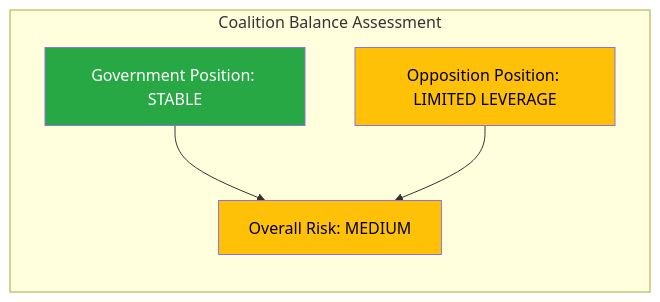
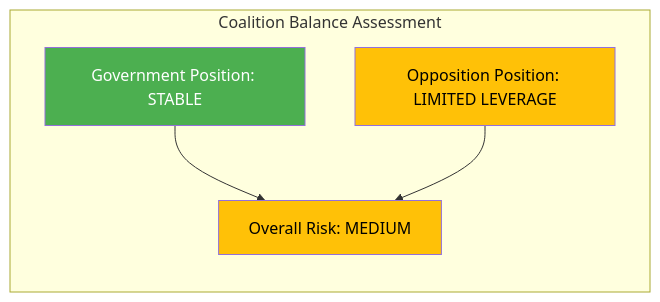
The second of 2 diagrams in analysis/daily/2026-04-09/realtime-1029/synthesis-summary.md (Hack23/riksdagsmonitor), drawn with Mermaid before and after one commit. The commit also changed other lines of this file and 785 other files, not shown here.

First line of the commit message:
Normalize mermaid colors across 786 analysis artifacts to ISMS Style Guide palette

````diff
--- a/analysis/daily/2026-04-09/realtime-1029/synthesis-summary.md
+++ b/analysis/daily/2026-04-09/realtime-1029/synthesis-summary.md
@@ -64,13 +64,13 @@
 ```mermaid
 graph LR
     subgraph Coalition Balance Assessment
         GOV[Government Position: STABLE]
         OPP[Opposition Position: LIMITED LEVERAGE]
         RISK[Overall Risk: MEDIUM]
     end
     GOV --> RISK
     OPP --> RISK
-    style GOV fill:#28a745,color:#ffffff
-    style OPP fill:#ffc107,color:#000000
-    style RISK fill:#ffc107,color:#000000
+    style GOV fill:#4CAF50,color:#FFFFFF
+    style OPP fill:#FFC107,color:#000000
+    style RISK fill:#FFC107,color:#000000
 ```
````
